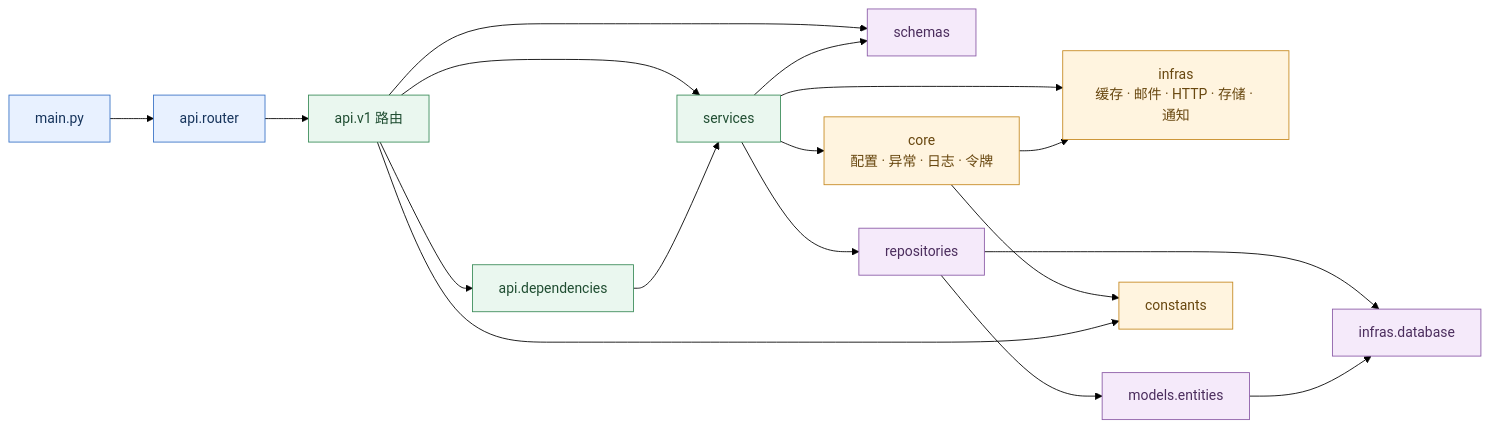
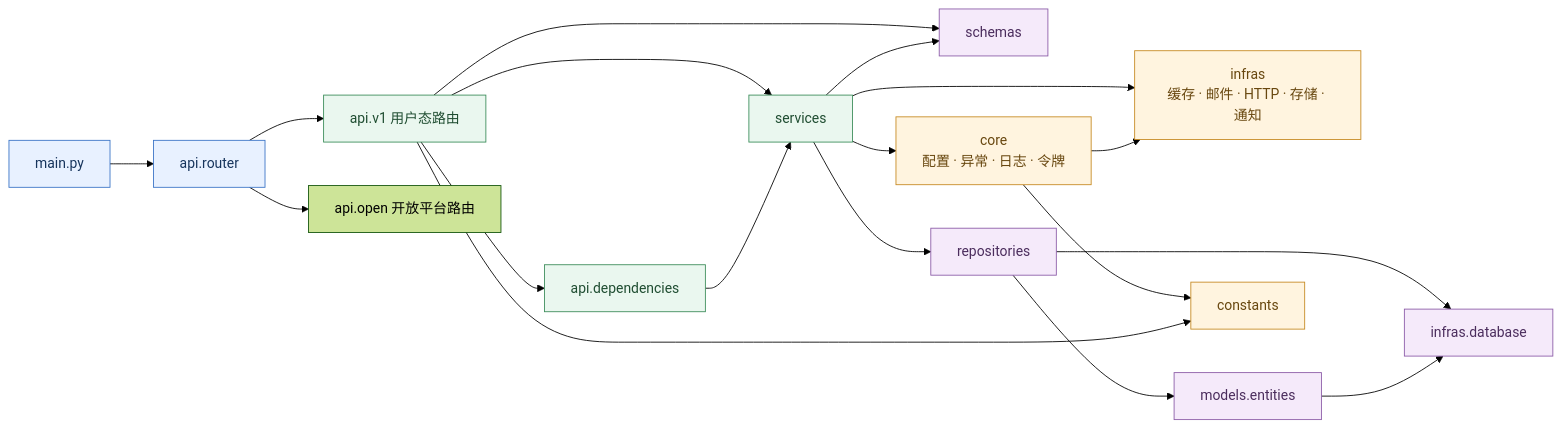
One commit to cross-lang/x-HanJiang changed the third of 3 diagrams in README.md. Above: the diagram before and after it, drawn with Mermaid (forest theme). The commit also changed other lines of this file and 1 other file, not shown here.

````diff
--- a/README.md
+++ b/README.md
@@ -312,31 +335,32 @@
 ```mermaid
 flowchart LR
   Main[main.py] --> Router[api.router]
-  Router --> API[api.v1 路由]
+  Router --> API[api.v1 用户态路由]
+  Router --> OpenAPI[api.open 开放平台路由]
   API --> Dependencies[api.dependencies]
   API --> Schemas[schemas]
   API --> Services[services]
 
   Dependencies --> Services
   Services --> Repositories[repositories]
   Services --> Schemas
   Services --> Core[core<br/>配置 · 异常 · 日志 · 令牌]
   Services --> Infra[infras<br/>缓存 · 邮件 · HTTP · 存储 · 通知]
 
   Repositories --> Entities[models.entities]
   Repositories --> Database[infras.database]
   Entities --> Database
   Core --> Infra
   Core --> Constants[constants]
   API --> Constants
 
   classDef entry fill:#e8f1ff,stroke:#3973c6,color:#16345c;
   classDef app fill:#eaf7ef,stroke:#3b8c5a,color:#1f4d31;
   classDef support fill:#fff4df,stroke:#c68a22,color:#68470f;
   classDef data fill:#f5eafa,stroke:#8b5ba7,color:#4b2d5d;
 
   class Main,Router entry;
   class API,Dependencies,Services app;
   class Core,Infra,Constants support;
   class Repositories,Entities,Database,Schemas data;
 ```
````
